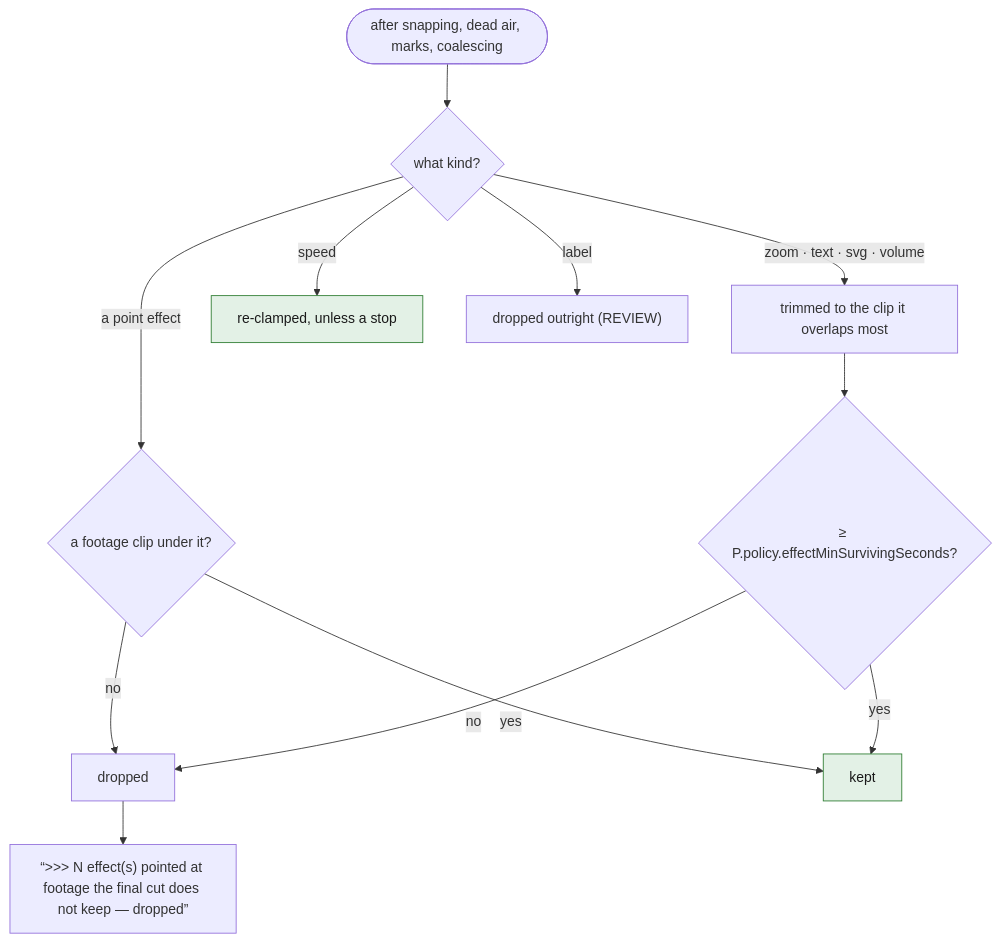
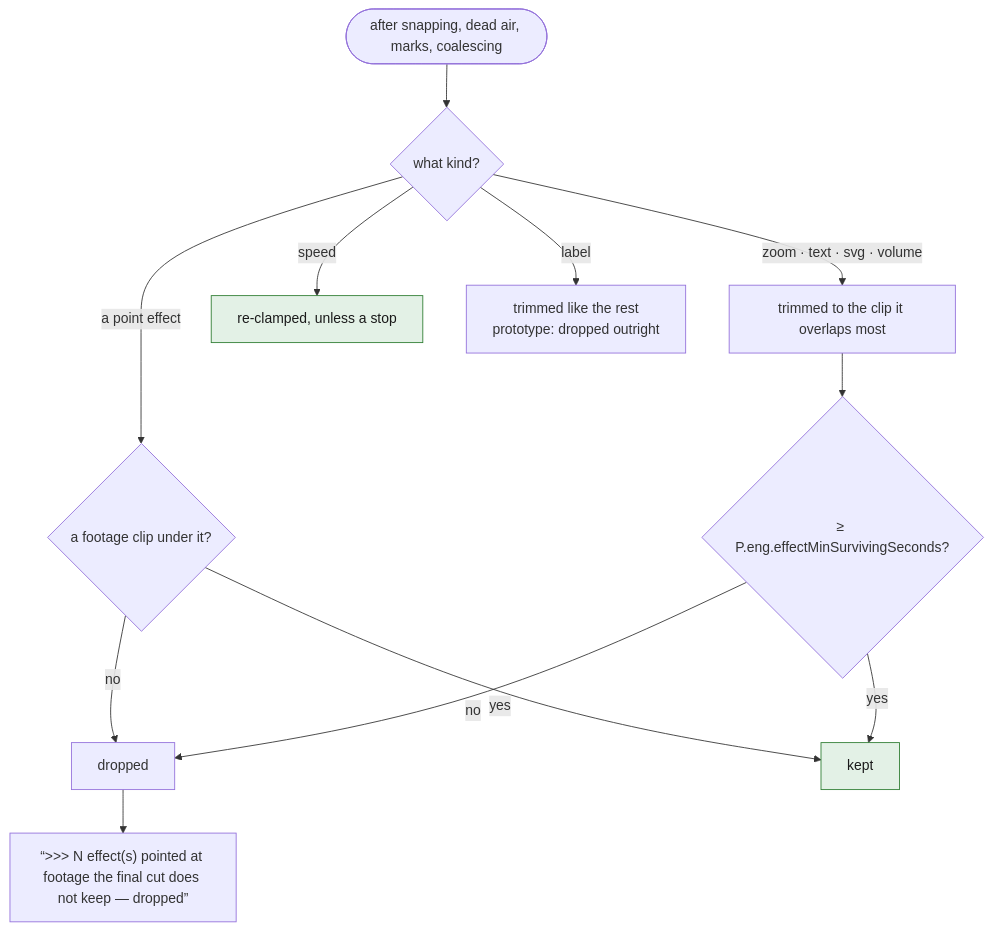
Diagram 12 of 12 in spec/06-effects.md (tbocek/naivepost), drawn with Mermaid before and after one commit. The commit also changed other lines of this file and 16 other files, not shown here.

````diff
--- a/spec/06-effects.md
+++ b/spec/06-effects.md
@@ -310,17 +310,17 @@
 ```mermaid
 flowchart TD
   A(["after snapping, dead air, marks, coalescing"]) --> K{"what kind?"}
   K -- "a point effect" --> P{"a footage clip under it?"}
   P -- no --> DR["dropped"]
   P -- yes --> KP["kept"]:::done
   K -- "zoom · text · svg · volume" --> TR["trimmed to the clip it overlaps most"]
-  TR --> S{"≥ P.policy.effectMinSurvivingSeconds?"}
+  TR --> S{"≥ P.eng.effectMinSurvivingSeconds?"}
   S -- no --> DR
   S -- yes --> KP
   K -- speed --> SP["re-clamped, unless a stop"]:::done
-  K -- label --> DL["dropped outright (REVIEW)"]
+  K -- label --> DL["trimmed like the rest<br/>prototype: dropped outright"]
   DR --> LOG["“>>> N effect(s) pointed at footage the final cut does not keep — dropped”"]
   classDef refuse fill:#fde2e1,stroke:#c01c28,color:#1a1a1a
   classDef done fill:#e3f1e6,stroke:#2e7d32,color:#1a1a1a
   classDef ask fill:#e8eefc,stroke:#3a63c8,color:#1a1a1a
 ```
````
